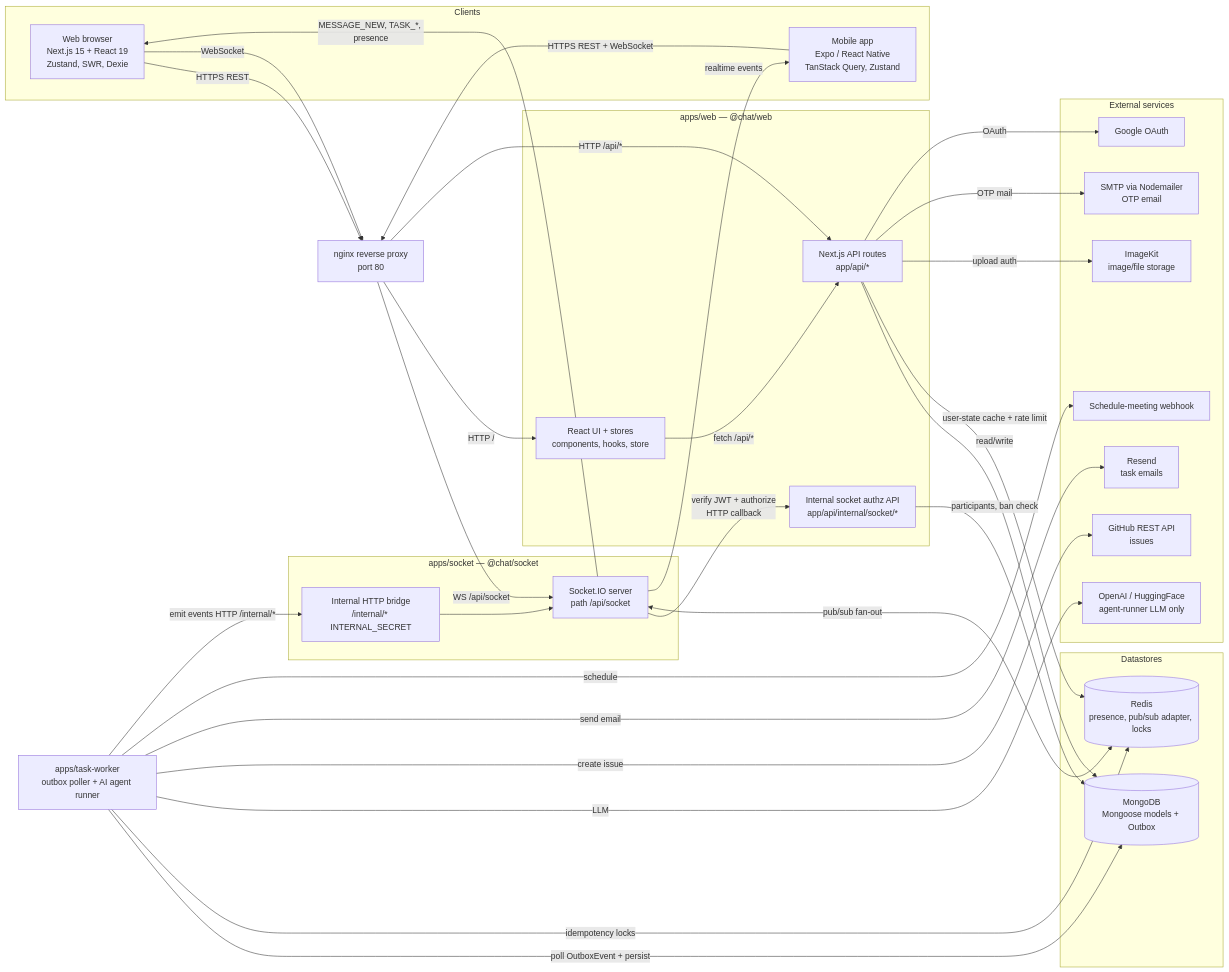
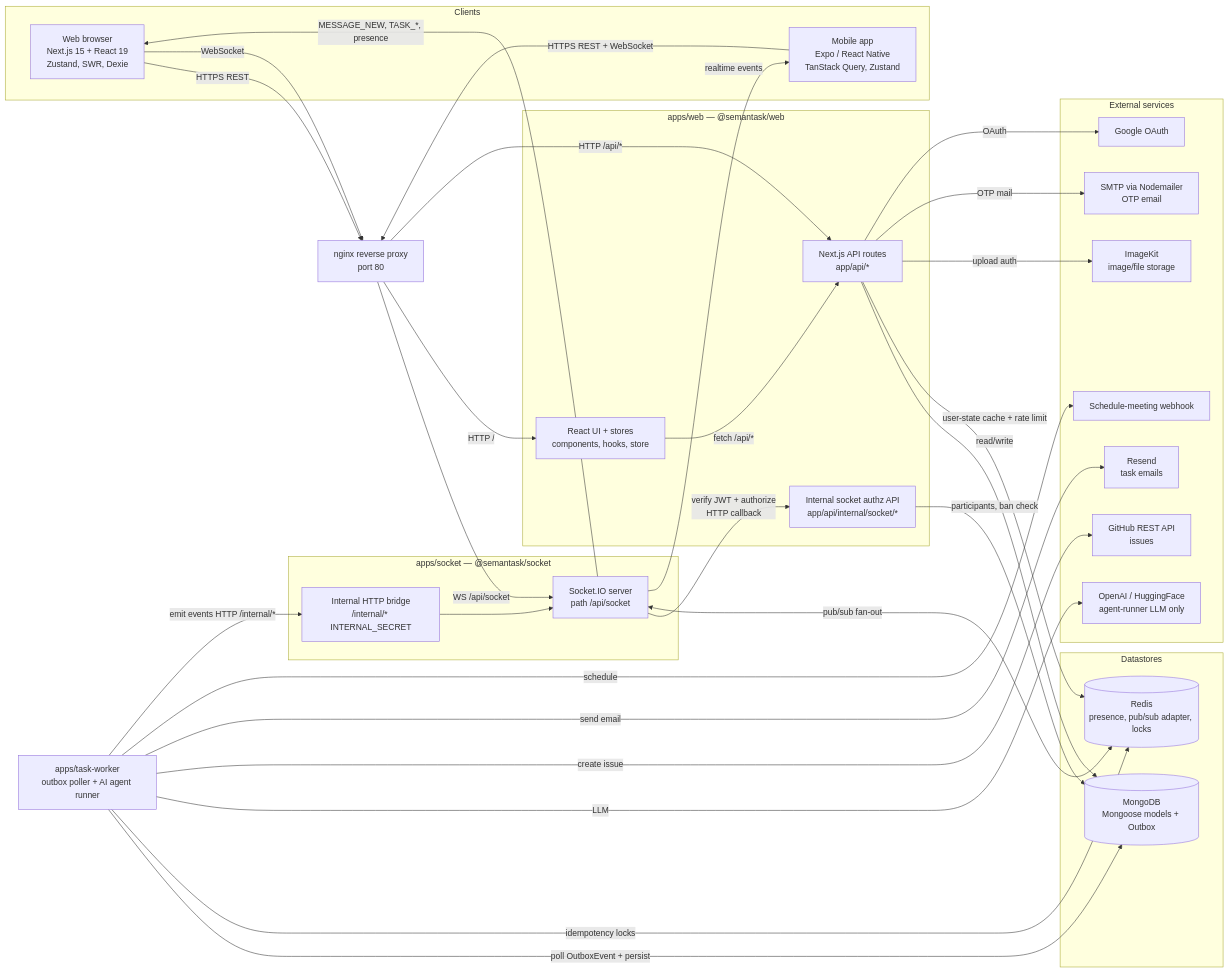
Before and after one commit to harshlocham/semantask: the first of 3 diagrams in docs/ARCHITECTURE.md, drawn with Mermaid. The commit also changed other lines of this file and 155 other files, not shown here.

First line of the commit message:
Refactor project structure and rename from chat-app to semantask

````diff
--- a/docs/ARCHITECTURE.md
+++ b/docs/ARCHITECTURE.md
@@ -60,68 +60,68 @@
 ```mermaid
 flowchart LR
     subgraph Clients
         WEB["Web browser<br/>Next.js 15 + React 19<br/>Zustand, SWR, Dexie"]
         MOB["Mobile app<br/>Expo / React Native<br/>TanStack Query, Zustand"]
     end
 
     NGINX["nginx reverse proxy<br/>port 80"]
 
-    subgraph WebTier["apps/web — @chat/web"]
+    subgraph WebTier["apps/web — @semantask/web"]
         NEXTUI["React UI + stores<br/>components, hooks, store"]
         NEXTAPI["Next.js API routes<br/>app/api/*"]
         INTAUTH["Internal socket authz API<br/>app/api/internal/socket/*"]
     end
 
-    subgraph RealtimeTier["apps/socket — @chat/socket"]
+    subgraph RealtimeTier["apps/socket — @semantask/socket"]
         IO["Socket.IO server<br/>path /api/socket"]
         INTHTTP["Internal HTTP bridge<br/>/internal/* INTERNAL_SECRET"]
     end
 
     WORKER["apps/task-worker<br/>outbox poller + AI agent runner"]
 
     subgraph Data["Datastores"]
         MONGO[("MongoDB<br/>Mongoose models + Outbox")]
         REDIS[("Redis<br/>presence, pub/sub adapter, locks")]
     end
 
     subgraph External["External services"]
         IMAGEKIT["ImageKit<br/>image/file storage"]
         OPENAI["OpenAI / HuggingFace<br/>agent-runner LLM only"]
         GH["GitHub REST API<br/>issues"]
         RESEND["Resend<br/>task emails"]
         SMTP["SMTP via Nodemailer<br/>OTP email"]
         GOOGLE["Google OAuth"]
         MEET["Schedule-meeting webhook"]
     end
 
     WEB -->|"HTTPS REST"| NGINX
     WEB -->|"WebSocket"| NGINX
     MOB -->|"HTTPS REST + WebSocket"| NGINX
 
     NGINX -->|"HTTP /"| NEXTUI
     NGINX -->|"HTTP /api/*"| NEXTAPI
     NGINX -->|"WS /api/socket"| IO
 
     NEXTUI -->|"fetch /api/*"| NEXTAPI
     NEXTAPI -->|"read/write"| MONGO
     NEXTAPI -->|"user-state cache + rate limit"| REDIS
     NEXTAPI -->|"upload auth"| IMAGEKIT
     NEXTAPI -->|"OTP mail"| SMTP
     NEXTAPI -->|"OAuth"| GOOGLE
 
     IO -->|"verify JWT + authorize<br/>HTTP callback"| INTAUTH
     IO <-->|"pub/sub fan-out"| REDIS
     INTAUTH -->|"participants, ban check"| MONGO
 
     WORKER -->|"poll OutboxEvent + persist"| MONGO
     WORKER -->|"idempotency locks"| REDIS
     WORKER -->|"LLM"| OPENAI
     WORKER -->|"create issue"| GH
     WORKER -->|"send email"| RESEND
     WORKER -->|"schedule"| MEET
     WORKER -->|"emit events HTTP /internal/*"| INTHTTP
 
     INTHTTP --> IO
     IO -->|"MESSAGE_NEW, TASK_*, presence"| WEB
     IO -->|"realtime events"| MOB
 ```
````
